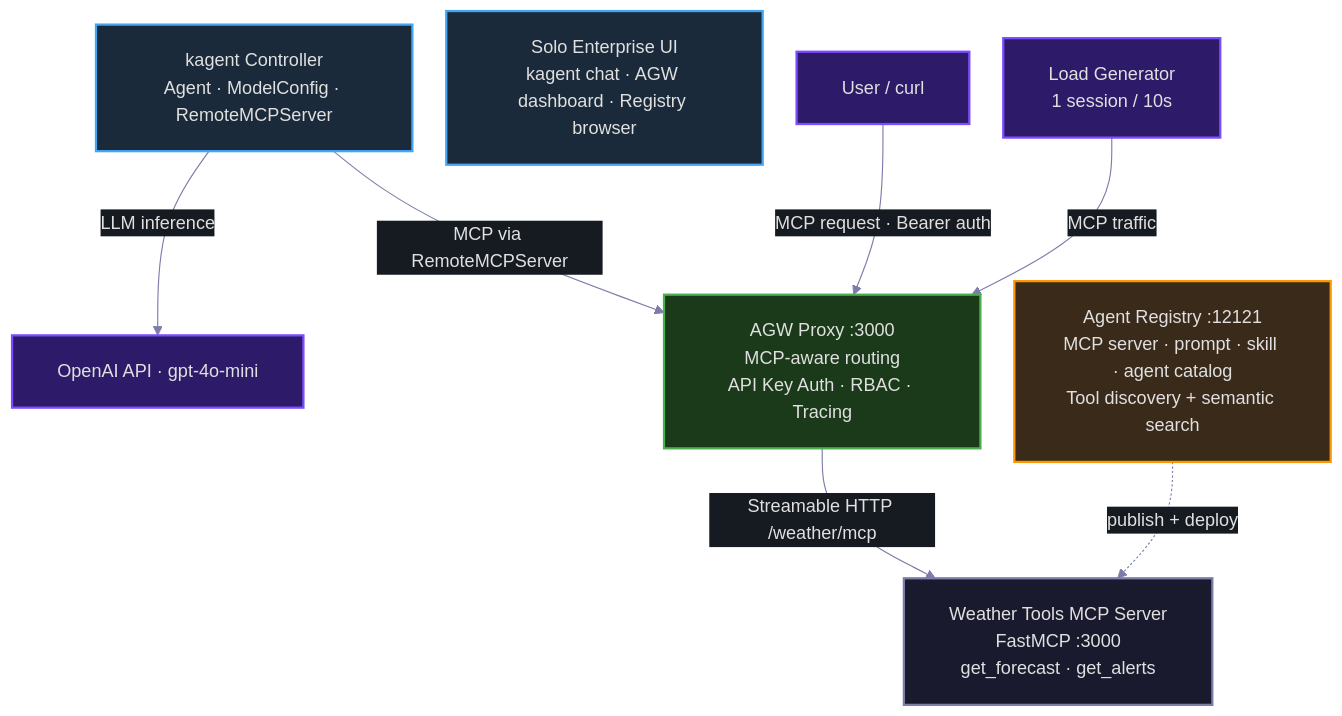
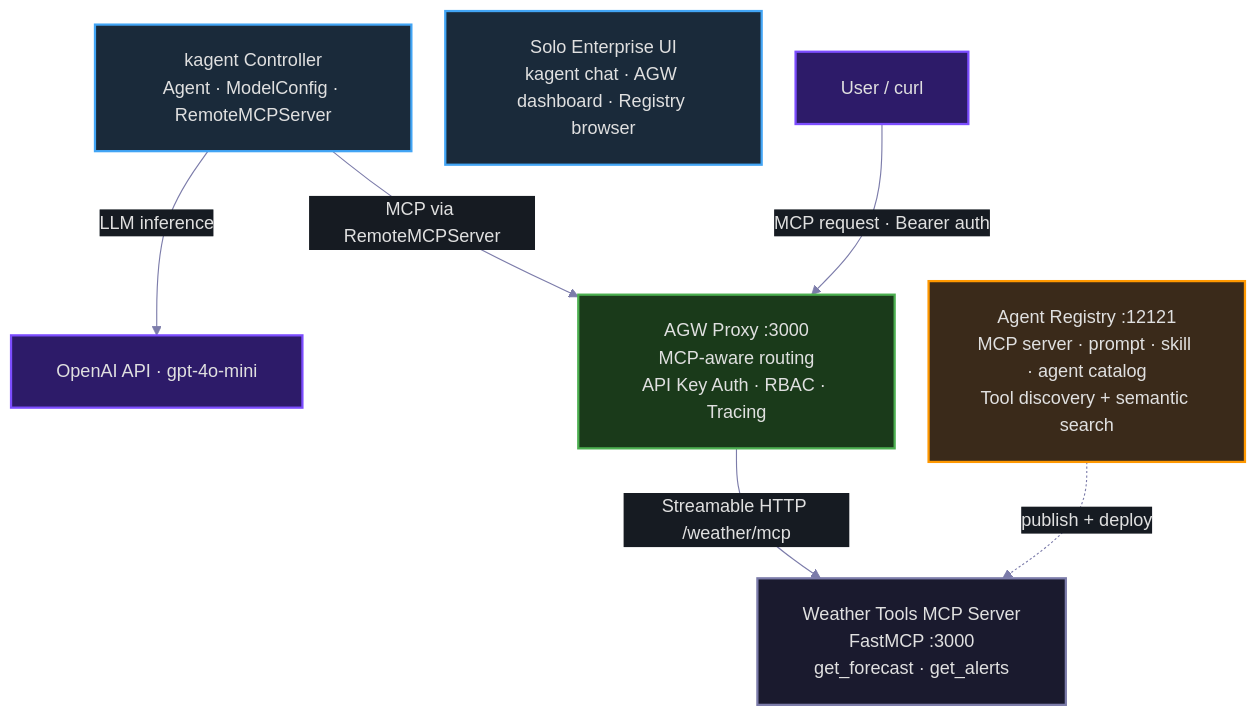
One commit to coryjett/solo-misc-workshops changed the diagram in enterprise-demo/architecture-overview.mmd. Above: the diagram before and after it, drawn with Mermaid. The commit also changed 3 other files, not shown here.

Commit message:
Remove load generator from setup, demo guide, and architecture diagrams

```diff
--- a/enterprise-demo/architecture-overview.mmd
+++ b/enterprise-demo/architecture-overview.mmd
@@ -1,30 +1,28 @@
 %%{init: {'theme': 'base', 'themeVariables': { 'primaryColor': '#1a1a2e', 'primaryTextColor': '#e0e0e0', 'primaryBorderColor': '#4a4a6a', 'lineColor': '#7c7caa', 'secondaryColor': '#16213e', 'tertiaryColor': '#0f3460', 'background': '#0d1117', 'mainBkg': '#161b22', 'nodeBorder': '#30363d', 'clusterBkg': '#161b22', 'clusterBorder': '#30363d', 'titleColor': '#e0e0e0', 'edgeLabelBackground': '#161b22', 'noteTextColor': '#e0e0e0', 'noteBkgColor': '#1a1a2e', 'fontFamily': 'Inter, system-ui, sans-serif', 'fontSize': '16px' }, 'flowchart': { 'nodeSpacing': 30, 'rankSpacing': 55, 'curve': 'basis', 'padding': 20 }}}%%
 
 graph TD
     KAGENT["kagent Controller<br/>Agent · ModelConfig · RemoteMCPServer"]
     UI["Solo Enterprise UI<br/>kagent chat · AGW dashboard · Registry browser"]
     OPENAI["OpenAI API · gpt-4o-mini"]
     AGW_PROXY["AGW Proxy :3000<br/>MCP-aware routing<br/>API Key Auth · RBAC · Tracing"]
     USER["User / curl"]
-    LOADGEN["Load Generator<br/>1 session / 10s"]
     WEATHER["Weather Tools MCP Server<br/>FastMCP :3000<br/>get_forecast · get_alerts"]
     AR["Agent Registry :12121<br/>MCP server · prompt · skill · agent catalog<br/>Tool discovery + semantic search"]
 
     KAGENT -->|"LLM inference"| OPENAI
     KAGENT -->|"MCP via RemoteMCPServer"| AGW_PROXY
     USER -->|"MCP request · Bearer auth"| AGW_PROXY
-    LOADGEN -->|"MCP traffic"| AGW_PROXY
     AGW_PROXY -->|"Streamable HTTP /weather/mcp"| WEATHER
     AR -.->|"publish + deploy"| WEATHER
 
     classDef external fill:#2d1b69,stroke:#7c4dff,color:#e0e0e0,stroke-width:2px
     classDef gateway fill:#1a3a1a,stroke:#4caf50,color:#e0e0e0,stroke-width:2px
     classDef kagentStyle fill:#1a2a3a,stroke:#42a5f5,color:#e0e0e0,stroke-width:2px
     classDef registry fill:#3a2a1a,stroke:#ff9800,color:#e0e0e0,stroke-width:2px
     classDef demo fill:#1a1a2e,stroke:#7c7caa,color:#e0e0e0,stroke-width:2px
 
-    class USER,LOADGEN,OPENAI external
+    class USER,OPENAI external
     class AGW_PROXY gateway
     class KAGENT,UI kagentStyle
     class AR registry
     class WEATHER demo
```
